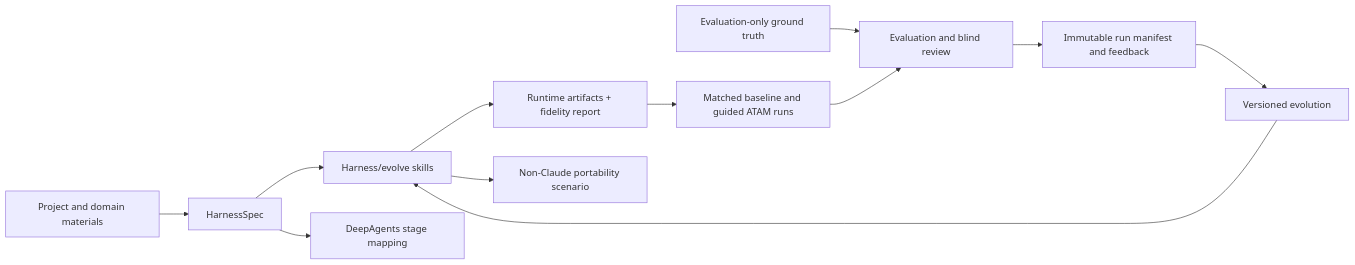
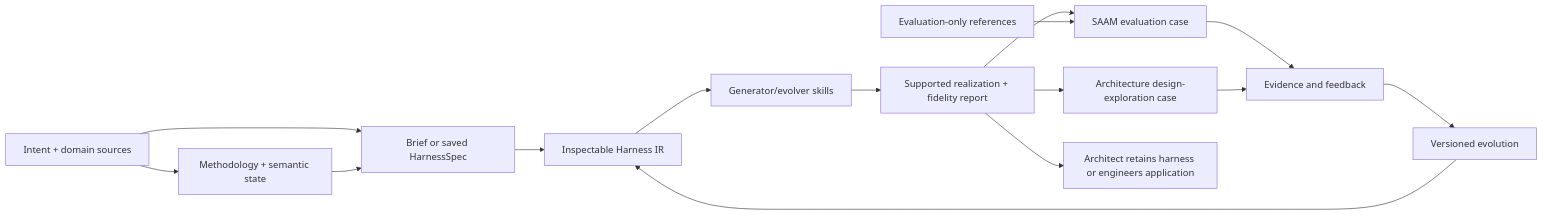
Before and after one commit to andresdp/harness-weaver: the diagram in docs/plans/2026-10-18-0000-feat-harnessweaver-u4-u7-plan.md, drawn with Mermaid. The commit also changed other lines of this file and 19 other files, not shown here.

Commit message:
Align roadmap with methodology-first vision

````diff
--- a/docs/plans/2026-10-18-0000-feat-harnessweaver-u4-u7-plan.md
+++ b/docs/plans/2026-10-18-0000-feat-harnessweaver-u4-u7-plan.md
@@ -61,14 +61,17 @@
 ```mermaid
 flowchart LR
-    P[Project and domain materials] --> S[HarnessSpec]
-    S --> H[Harness/evolve skills]
-    H --> A[Runtime artifacts + fidelity report]
-    A --> B[Matched baseline and guided ATAM runs]
-    G[Evaluation-only ground truth] --> E[Evaluation and blind review]
-    B --> E
-    E --> M[Immutable run manifest and feedback]
-    M --> V[Versioned evolution]
-    V --> H
-    S --> D[DeepAgents stage mapping]
-    H --> C[Non-Claude portability scenario]
+    P[Intent + domain sources] --> M[Methodology + semantic state]
+    P --> I[Brief or saved HarnessSpec]
+    M --> I
+    I --> IR[Inspectable Harness IR]
+    IR --> H[Generator/evolver skills]
+    H --> A[Supported realization + fidelity report]
+    A --> E1[SAAM evaluation case]
+    A --> E2[Architecture design-exploration case]
+    G[Evaluation-only references] --> E1
+    E1 --> F[Evidence and feedback]
+    E2 --> F
+    F --> V[Versioned evolution]
+    V --> IR
+    A --> R[Architect retains harness or engineers application]
 ```
````
